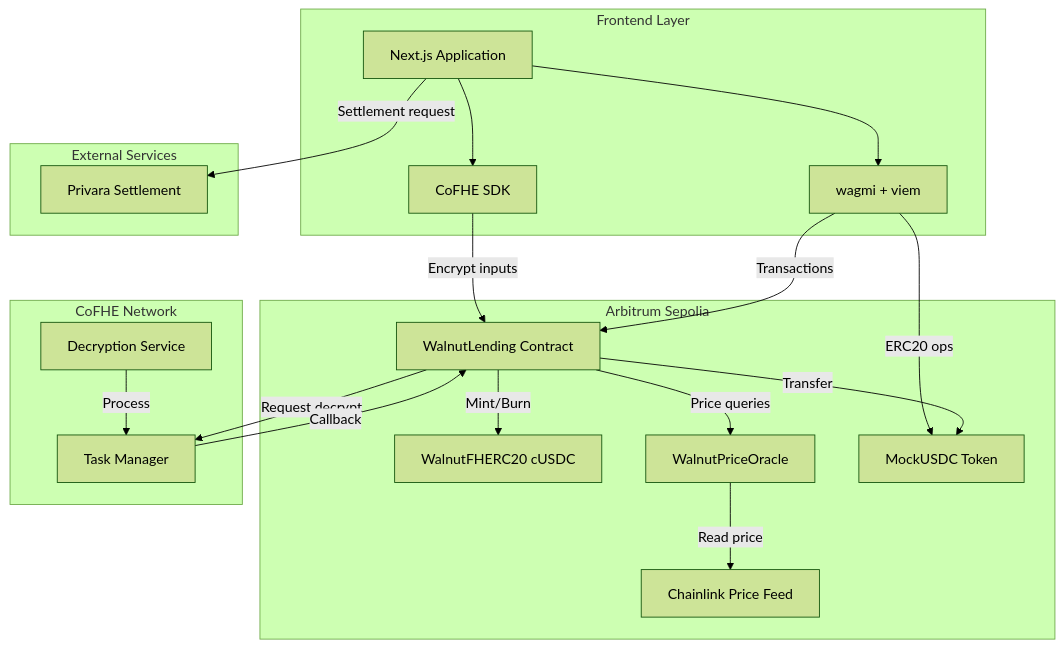
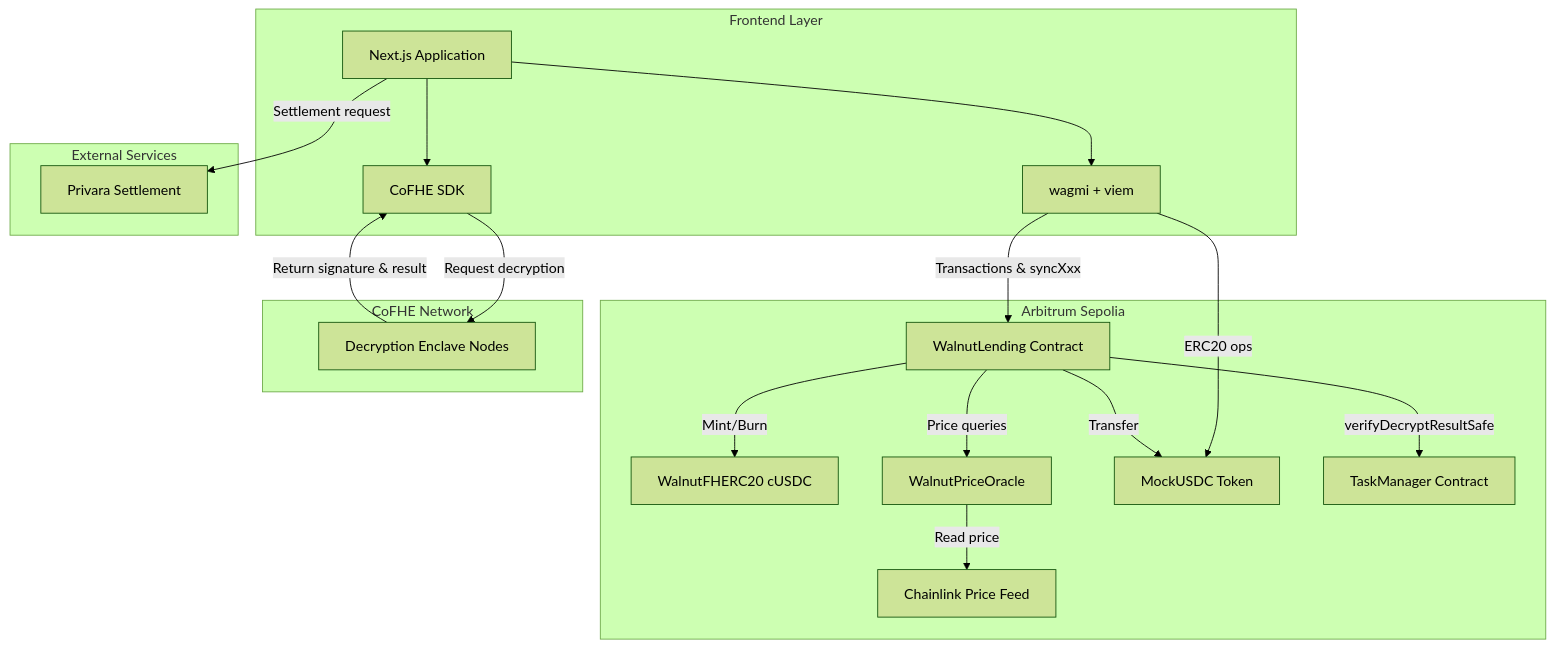
Before and after one commit to Iam-jayant/walnut: the first of 5 diagrams in public/docs/architecture.md, drawn with Mermaid (forest theme). The commit also changed other lines of this file and 5 other files, not shown here.

Commit message:
Update architecture documentation with client-driven decryption sync pattern

````diff
--- a/public/docs/architecture.md
+++ b/public/docs/architecture.md
@@ -11,42 +11,40 @@
 ```mermaid
 flowchart TB
     subgraph Frontend["Frontend Layer"]
         UI[Next.js Application]
         SDK[CoFHE SDK]
         Wagmi[wagmi + viem]
     end
 
     subgraph Blockchain["Arbitrum Sepolia"]
         WL[WalnutLending Contract]
         FHERC[WalnutFHERC20 cUSDC]
         Oracle[WalnutPriceOracle]
         MockUSDC[MockUSDC Token]
         PriceFeed[Chainlink Price Feed]
+        TM[TaskManager Contract]
     end
 
     subgraph CoFHE["CoFHE Network"]
-        TM[Task Manager]
-        Decrypt[Decryption Service]
+        Decrypt[Decryption Enclave Nodes]
     end
 
     subgraph External["External Services"]
         Privara[Privara Settlement]
     end
 
     UI --> SDK
     UI --> Wagmi
-    SDK -->|Encrypt inputs| WL
-    Wagmi -->|Transactions| WL
+    SDK -->|Request decryption| Decrypt
+    Decrypt -->|Return signature & result| SDK
+    Wagmi -->|Transactions & syncXxx| WL
     Wagmi -->|ERC20 ops| MockUSDC
 
     WL -->|Mint/Burn| FHERC
     WL -->|Price queries| Oracle
     WL -->|Transfer| MockUSDC
+    WL -->|verifyDecryptResultSafe| TM
     Oracle -->|Read price| PriceFeed
-
-    WL -->|Request decrypt| TM
-    TM -->|Callback| WL
-    Decrypt -->|Process| TM
 
     UI -->|Settlement request| Privara
 ```
````
